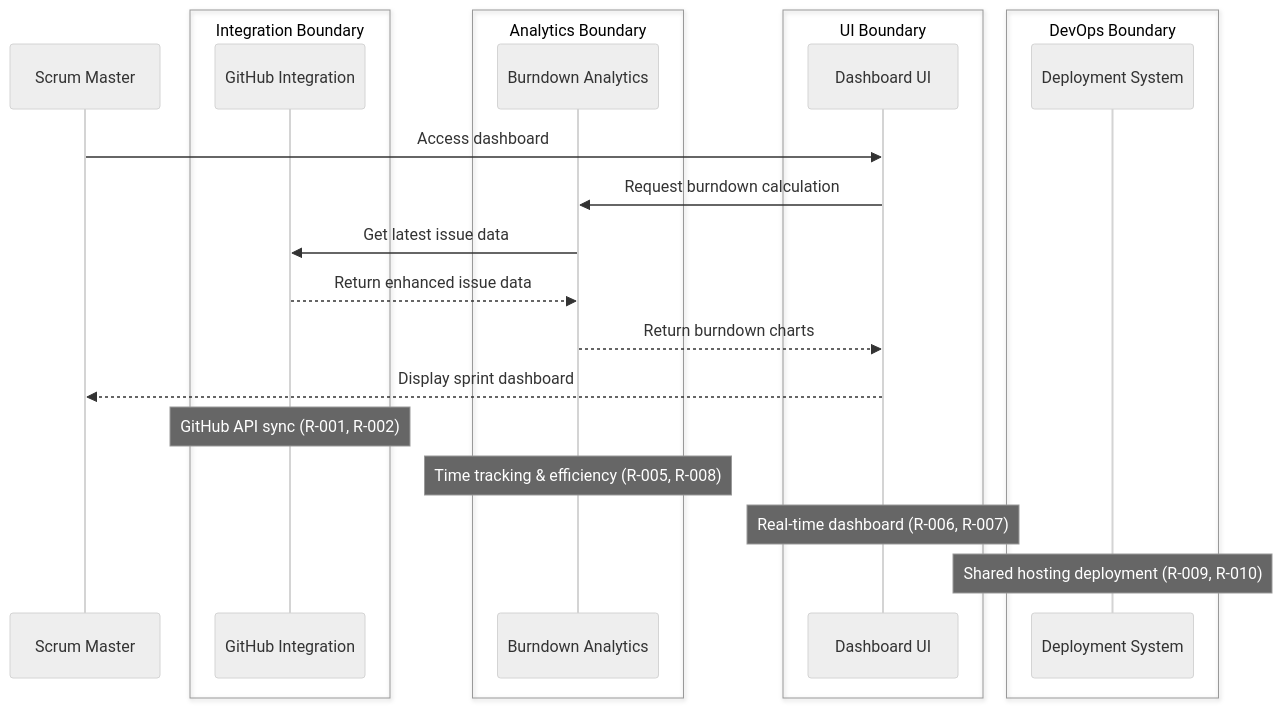
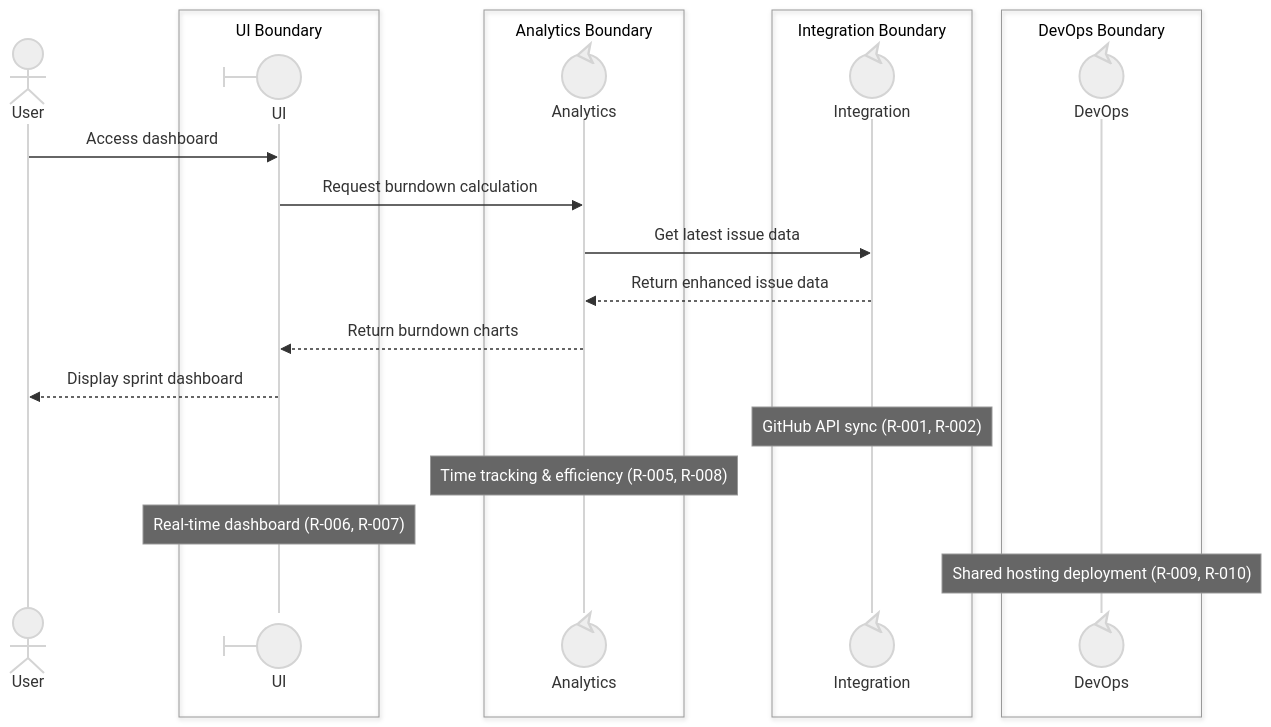
Before and after one commit to zhongadamwang/GitHubProjectAssistant: the sixth of 8 diagrams in OrgDocument/projects/01 - Scrum master assistant/artifacts/Analysis/collaboration-diagrams.md, drawn with Mermaid (neutral theme). The commit also changed other lines of this file and 9 other files, not shown here.

Commit message:
Fix compliance issue. Update skills to assure the diagram is generated properly

````diff
--- a/OrgDocument/projects/01 - Scrum master assistant/artifacts/Analysis/collaboration-diagrams.md
+++ b/OrgDocument/projects/01 - Scrum master assistant/artifacts/Analysis/collaboration-diagrams.md
@@ -213,32 +213,32 @@
 ```mermaid
 sequenceDiagram
-    participant User as Scrum Master
+    participant User@{ "type": "actor", "label": "Scrum Master" }
     
-    box Integration Boundary
-        participant Integration as GitHub Integration
+    box UI Boundary
+        participant UI@{ "type": "boundary", "label": "Dashboard UI" }
     end
     
     box Analytics Boundary  
-        participant Analytics as Burndown Analytics
+        participant Analytics@{ "type": "control", "label": "Burndown Analytics" }
     end
     
-    box UI Boundary
-        participant UI as Dashboard UI
+    box Integration Boundary
+        participant Integration@{ "type": "control", "label": "GitHub Integration" }
     end
     
     box DevOps Boundary
-        participant DevOps as Deployment System
+        participant DevOps@{ "type": "control", "label": "Deployment System" }
     end
     
     User->>UI: Access dashboard
     UI->>Analytics: Request burndown calculation
     Analytics->>Integration: Get latest issue data
     Integration-->>Analytics: Return enhanced issue data
     Analytics-->>UI: Return burndown charts
     UI-->>User: Display sprint dashboard
     
     Note over Integration: GitHub API sync (R-001, R-002)
     Note over Analytics: Time tracking & efficiency (R-005, R-008) 
     Note over UI: Real-time dashboard (R-006, R-007)
     Note over DevOps: Shared hosting deployment (R-009, R-010)
 ```
````
